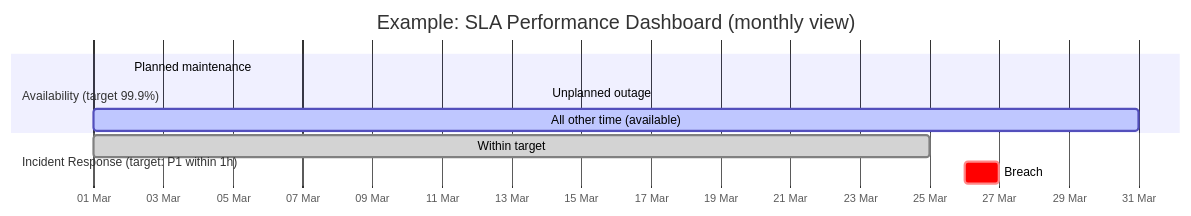
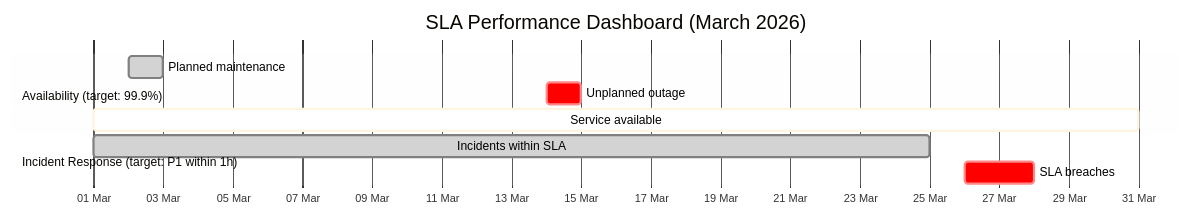
One commit to marcogrimaldi29/itil-4-foundation changed the tenth of 10 diagrams in 07-seven-practices.md. Above: the diagram before and after it, drawn with Mermaid.

Commit message:
Fixed Mermaid Gantt chart

````diff
--- a/07-seven-practices.md
+++ b/07-seven-practices.md
@@ -374,15 +374,16 @@
 ```mermaid
+%%{init: {'theme': 'base', 'themeVariables': { 'primaryTextColor': '#000', 'primaryBorderColor': '#000', 'gridLineStartPadding': '200', 'fontSize': '14px', 'fontFamily': 'Arial'}, 'gantt': {'numberSectionStyles': 4}}}%%
 gantt
-    title Example: SLA Performance Dashboard (monthly view)
+    title SLA Performance Dashboard (March 2026)
     dateFormat YYYY-MM-DD
     axisFormat %d %b
 
-    section Availability (target 99.9%)
-    Planned maintenance       :done, 2026-03-02, 2026-03-02
-    Unplanned outage          :crit, 2026-03-14, 2026-03-14
-    All other time (available) :active, 2026-03-01, 2026-03-31
+    section Availability (target: 99.9%)
+    Planned maintenance    :done, 2026-03-02, 1d
+    Unplanned outage       :crit, 2026-03-14, 1d
+    Service available      :active, 2026-03-01, 2026-03-31
 
     section Incident Response (target: P1 within 1h)
-    Within target             :done, 2026-03-01, 2026-03-25
-    Breach                    :crit, 2026-03-26, 2026-03-27
+    Incidents within SLA   :done, 2026-03-01, 2026-03-25
+    SLA breaches           :crit, 2026-03-26, 2d
 ```
````
